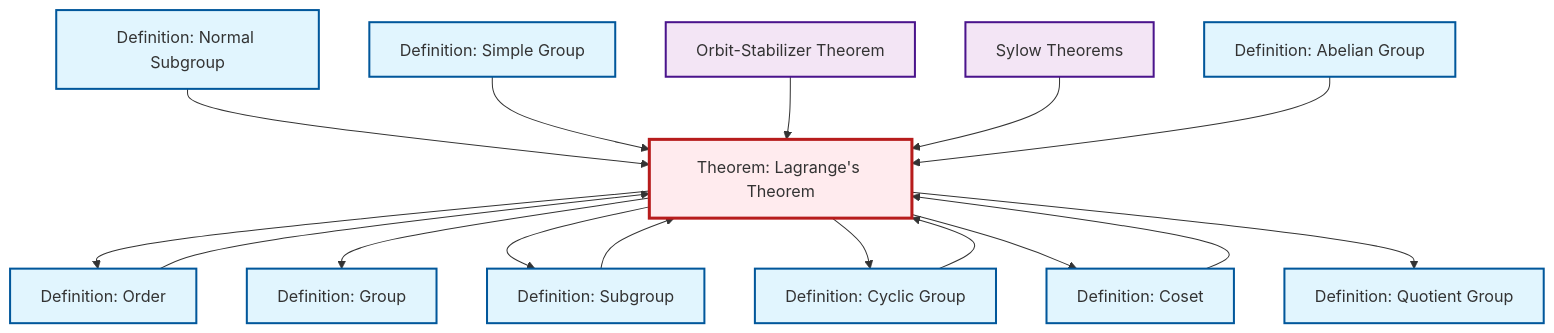
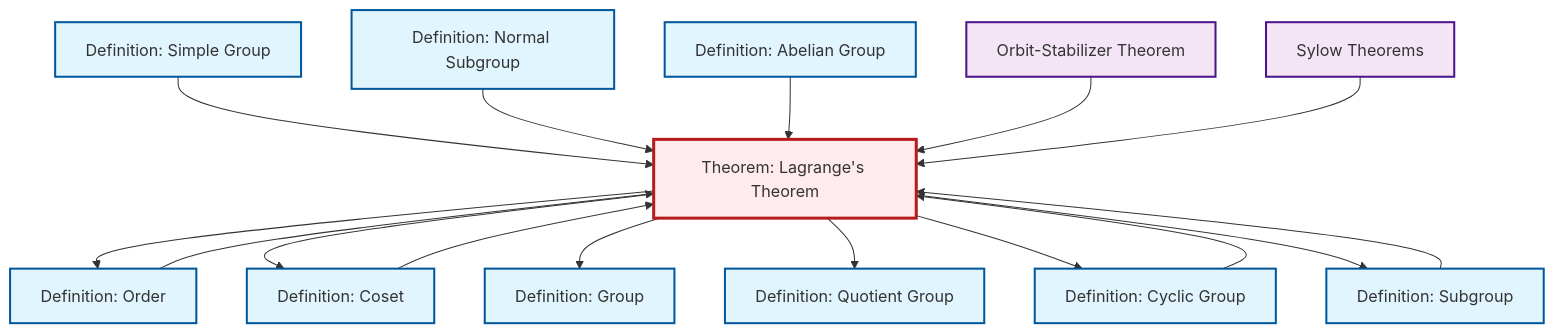
Before and after one commit to RK0429/ModernMath: the diagram in content/en/algebra/thm-lagrange.qmd, drawn with Mermaid. The commit also changed other lines of this file and 634 other files, not shown here.

````diff
--- a/content/en/algebra/thm-lagrange.qmd
+++ b/content/en/algebra/thm-lagrange.qmd
@@ -52,48 +52,48 @@
 ```{mermaid}
 %%| fig-cap: "Local dependency graph"
 graph TD
     classDef definition fill:#e1f5fe,stroke:#01579b,stroke-width:2px
     classDef theorem fill:#f3e5f5,stroke:#4a148c,stroke-width:2px
     classDef axiom fill:#fff3e0,stroke:#e65100,stroke-width:2px
     classDef example fill:#e8f5e9,stroke:#1b5e20,stroke-width:2px
     classDef current fill:#ffebee,stroke:#b71c1c,stroke-width:3px
-    def-normal-subgroup["Definition: Normal Subgroup"]:::definition
+    def-group["Definition: Group"]:::definition
     def-abelian-group["Definition: Abelian Group"]:::definition
     thm-lagrange["Theorem: Lagrange's Theorem"]:::theorem
-    def-group["Definition: Group"]:::definition
+    def-simple-group["Definition: Simple Group"]:::definition
+    def-quotient-group["Definition: Quotient Group"]:::definition
     def-cyclic-group["Definition: Cyclic Group"]:::definition
-    def-simple-group["Definition: Simple Group"]:::definition
     def-subgroup["Definition: Subgroup"]:::definition
-    def-quotient-group["Definition: Quotient Group"]:::definition
+    thm-orbit-stabilizer["Orbit-Stabilizer Theorem"]:::theorem
+    thm-sylow["Sylow Theorems"]:::theorem
+    def-normal-subgroup["Definition: Normal Subgroup"]:::definition
+    def-order["Definition: Order"]:::definition
     def-coset["Definition: Coset"]:::definition
-    thm-sylow["Sylow Theorems"]:::theorem
-    thm-orbit-stabilizer["Orbit-Stabilizer Theorem"]:::theorem
-    def-order["Definition: Order"]:::definition
+    def-coset --> thm-lagrange
     def-cyclic-group --> thm-lagrange
+    def-simple-group --> thm-lagrange
+    thm-lagrange --> def-order
+    thm-lagrange --> def-coset
+    thm-lagrange --> def-group
+    thm-lagrange --> def-quotient-group
+    def-order --> thm-lagrange
     def-normal-subgroup --> thm-lagrange
-    def-simple-group --> thm-lagrange
+    thm-lagrange --> def-cyclic-group
     def-subgroup --> thm-lagrange
+    def-abelian-group --> thm-lagrange
     thm-orbit-stabilizer --> thm-lagrange
-    thm-lagrange --> def-order
-    thm-lagrange --> def-group
     thm-lagrange --> def-subgroup
-    thm-lagrange --> def-cyclic-group
     thm-sylow --> thm-lagrange
-    thm-lagrange --> def-coset
-    def-abelian-group --> thm-lagrange
-    def-order --> thm-lagrange
-    thm-lagrange --> def-quotient-group
-    def-coset --> thm-lagrange
     class thm-lagrange current
+    click def-group "def-group.html" "Go to Group definition"
+    click def-abelian-group "def-abelian-group.html" "Go to Abelian Group definition"
+    click def-simple-group "def-simple-group.html" "Go to Simple Group definition"
+    click def-quotient-group "def-quotient-group.html" "Go to Quotient Group definition"
+    click def-cyclic-group "def-cyclic-group.html" "Go to Cyclic Group definition"
+    click def-subgroup "def-subgroup.html" "Go to Subgroup definition"
+    click thm-orbit-stabilizer "thm-orbit-stabilizer.html" "Go to Orbit-Stabilizer Theorem"
+    click thm-sylow "thm-sylow.html" "Go to Sylow Theorems"
     click def-normal-subgroup "def-normal-subgroup.html" "Go to Normal Subgroup definition"
-    click def-abelian-group "def-abelian-group.html" "Go to Abelian Group definition"
-    click def-group "def-group.html" "Go to Group definition"
-    click def-cyclic-group "def-cyclic-group.html" "Go to Cyclic Group definition"
-    click def-simple-group "def-simple-group.html" "Go to Simple Group definition"
-    click def-subgroup "def-subgroup.html" "Go to Subgroup definition"
-    click def-quotient-group "def-quotient-group.html" "Go to Quotient Group definition"
+    click def-order "def-order.html" "Go to Order definition"
     click def-coset "def-coset.html" "Go to Coset definition"
-    click thm-sylow "thm-sylow.html" "Go to Sylow Theorems"
-    click thm-orbit-stabilizer "thm-orbit-stabilizer.html" "Go to Orbit-Stabilizer Theorem"
-    click def-order "def-order.html" "Go to Order definition"
 ```
````
